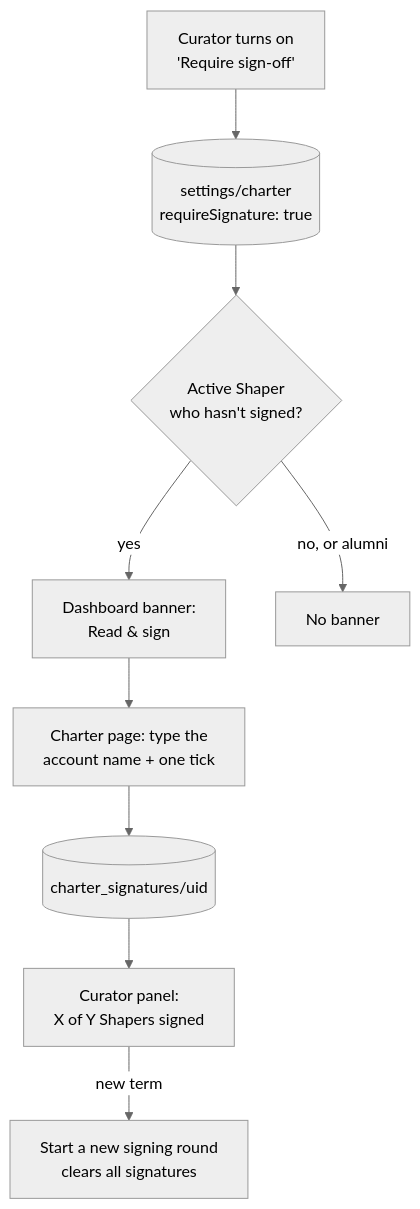
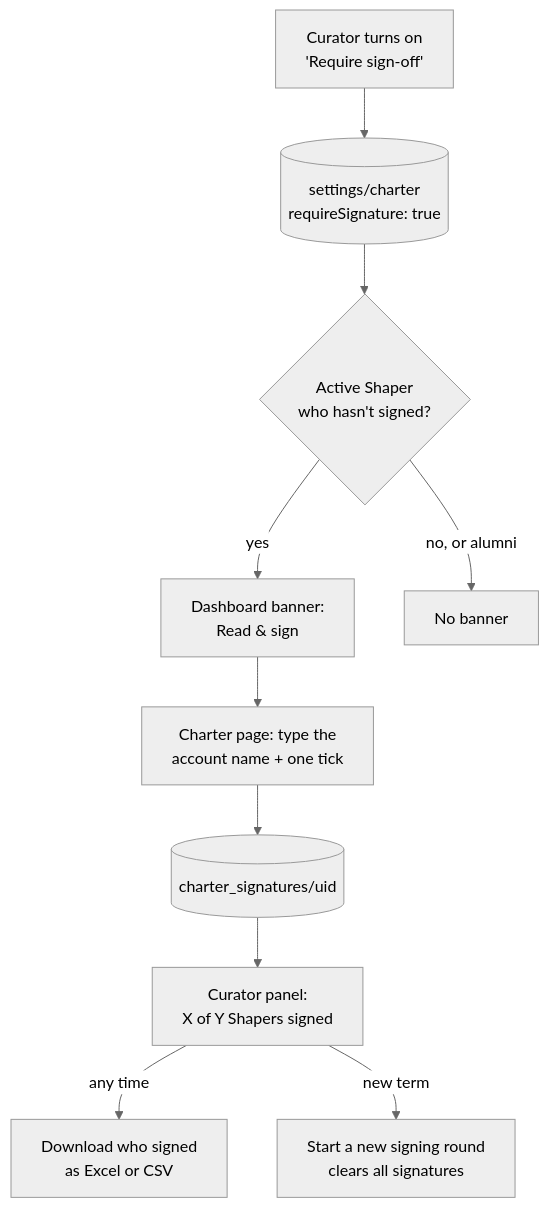
The seventh of 12 diagrams in docs/HOW-IT-WORKS.md (The-Dark-Ranger/Jeddah-Hub), drawn with Mermaid (neutral theme) before and after one commit. The commit also changed other lines of this file and 14 other files, not shown here.

First line of the commit message:
Charter sign-off downloads and reading order, roomier Active Projects

````diff
--- a/docs/HOW-IT-WORKS.md
+++ b/docs/HOW-IT-WORKS.md
@@ -247,10 +253,11 @@
 ```mermaid
 flowchart TD
     C[Curator turns on<br/>'Require sign-off'] --> S[(settings/charter<br/>requireSignature: true)]
     S --> B{Active Shaper<br/>who hasn't signed?}
     B -->|yes| N[Dashboard banner:<br/>Read & sign] --> F[Charter page: type the<br/>account name + one tick]
     B -->|no, or alumni| Q[No banner]
     F --> G[(charter_signatures/uid)]
     G --> P[Curator panel:<br/>X of Y Shapers signed]
+    P -->|any time| D[Download who signed<br/>as Excel or CSV]
     P -->|new term| R[Start a new signing round<br/>clears all signatures]
 ```
````
